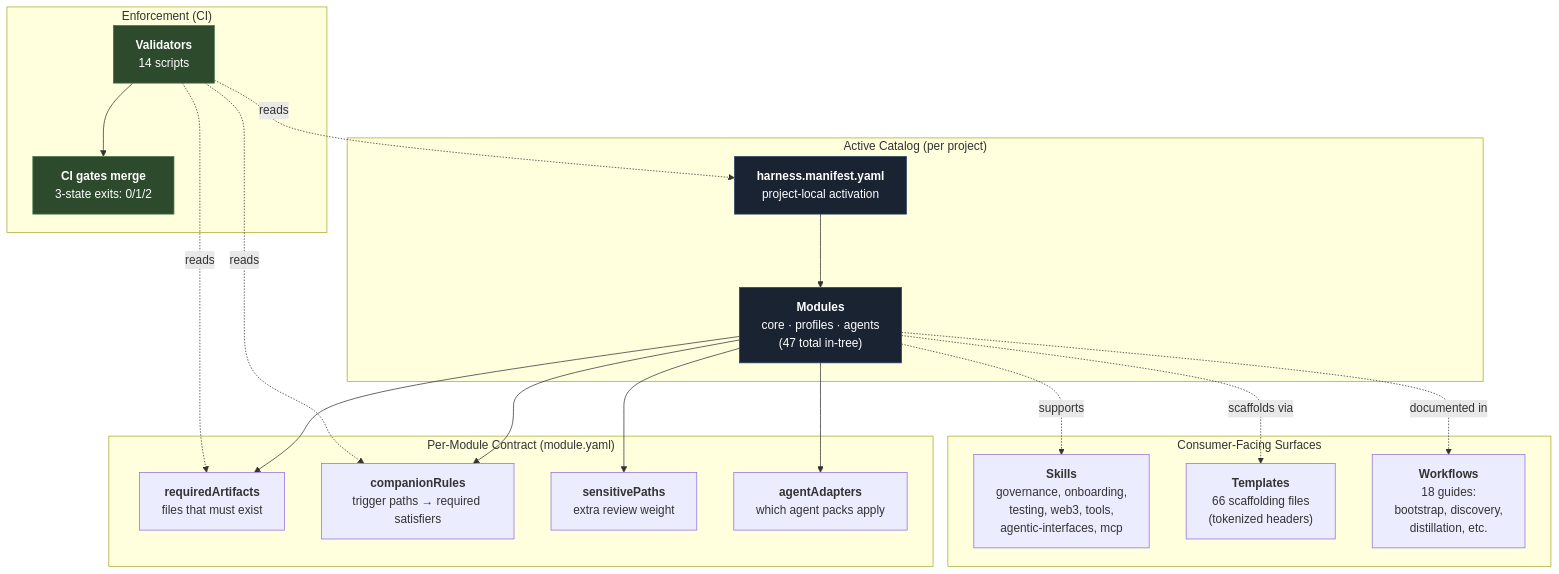
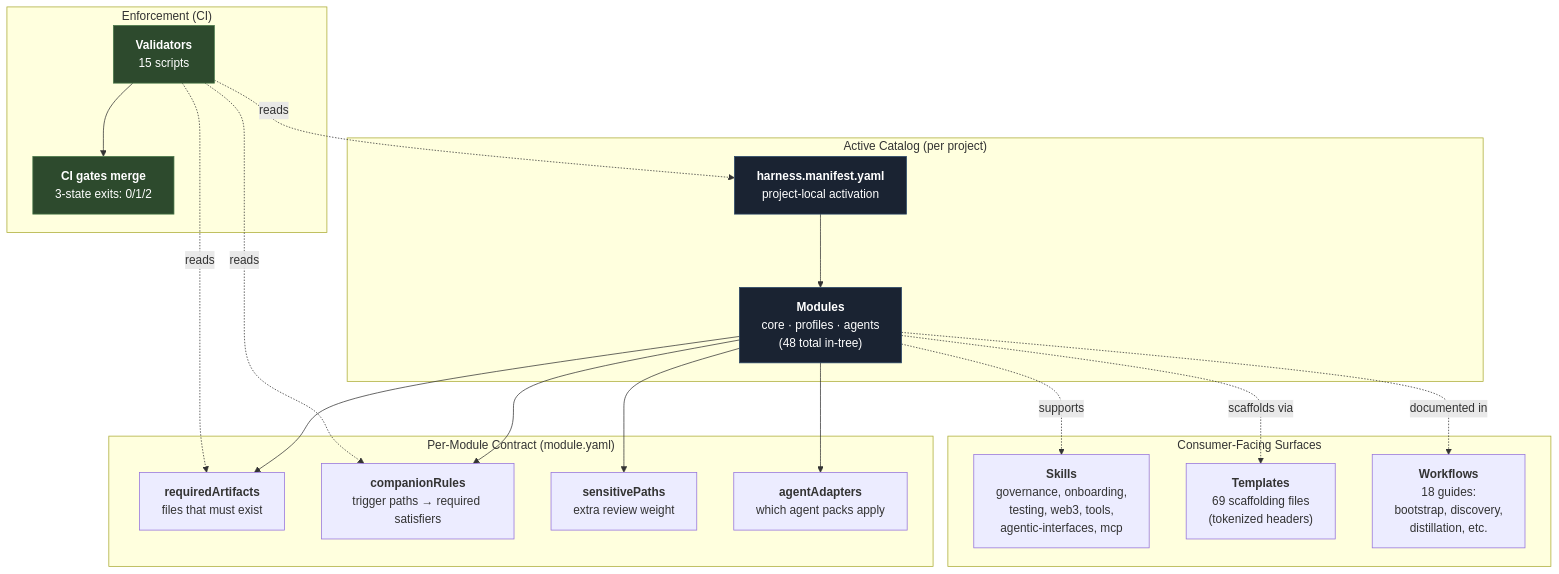
One commit to drakevonduck/auto-harness changed the first of 12 diagrams in docs/architecture/diagrams.md. Above: the diagram before and after it, drawn with Mermaid. The commit also changed 40 other files, not shown here.

````diff
--- a/docs/architecture/diagrams.md
+++ b/docs/architecture/diagrams.md
@@ -49,38 +49,38 @@
 ```mermaid
 flowchart TD
     Manifest["<b>harness.manifest.yaml</b><br/>project-local activation"]
 
     subgraph CATALOG["Active Catalog (per project)"]
-        Manifest --> Modules["<b>Modules</b><br/>core · profiles · agents<br/>(47 total in-tree)"]
+        Manifest --> Modules["<b>Modules</b><br/>core · profiles · agents<br/>(48 total in-tree)"]
     end
 
     subgraph CONTRACT["Per-Module Contract (module.yaml)"]
         Modules --> Required["<b>requiredArtifacts</b><br/>files that must exist"]
         Modules --> Companions["<b>companionRules</b><br/>trigger paths → required satisfiers"]
         Modules --> Sensitive["<b>sensitivePaths</b><br/>extra review weight"]
         Modules --> Adapters["<b>agentAdapters</b><br/>which agent packs apply"]
     end
 
     subgraph ENFORCE["Enforcement (CI)"]
-        Validators["<b>Validators</b><br/>14 scripts"]
+        Validators["<b>Validators</b><br/>15 scripts"]
         Validators -.reads.-> Manifest
         Validators -.reads.-> Required
         Validators -.reads.-> Companions
         Validators --> CIGate["<b>CI gates merge</b><br/>3-state exits: 0/1/2"]
     end
 
     subgraph SURFACE["Consumer-Facing Surfaces"]
         Skills["<b>Skills</b><br/>governance, onboarding,<br/>testing, web3, tools,<br/>agentic-interfaces, mcp"]
-        Templates["<b>Templates</b><br/>66 scaffolding files<br/>(tokenized headers)"]
+        Templates["<b>Templates</b><br/>69 scaffolding files<br/>(tokenized headers)"]
         Workflows["<b>Workflows</b><br/>18 guides:<br/>bootstrap, discovery,<br/>distillation, etc."]
     end
 
     Modules -.supports.-> Skills
     Modules -.scaffolds via.-> Templates
     Modules -.documented in.-> Workflows
 
     style Manifest fill:#1a2332,stroke:#2c4a6b,color:#fff
     style Modules fill:#1a2332,stroke:#2c4a6b,color:#fff
     style Validators fill:#2d4a2d,stroke:#4a7a4a,color:#fff
     style CIGate fill:#2d4a2d,stroke:#4a7a4a,color:#fff
 ```
````
